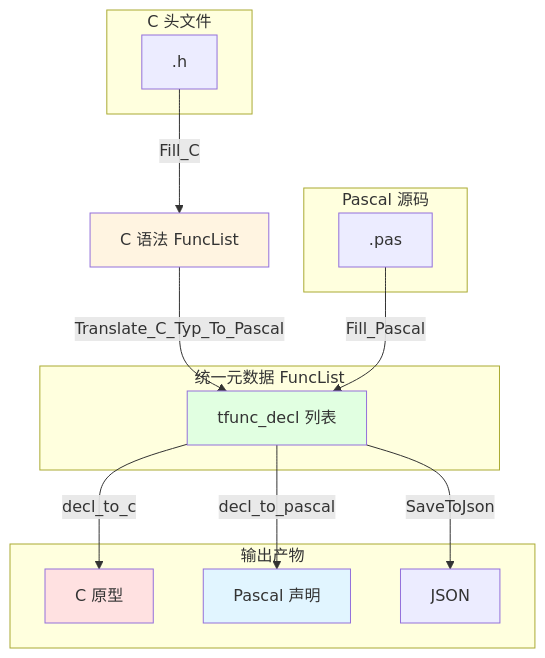
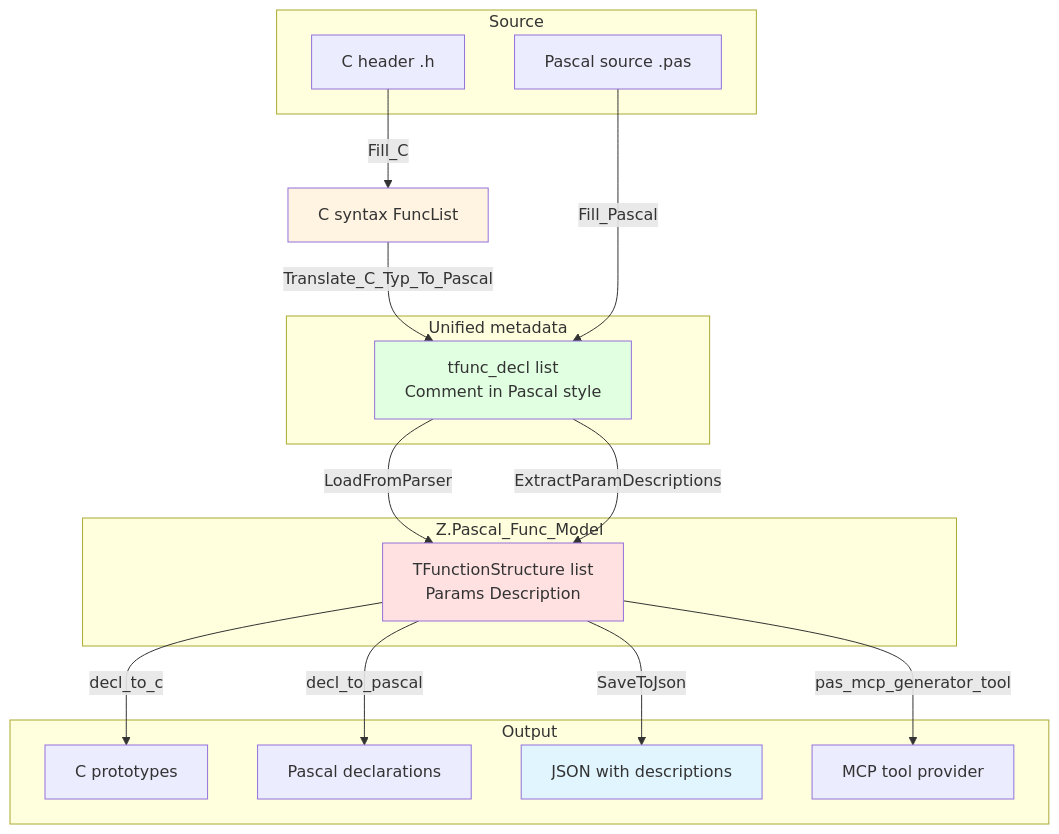
One commit to PassByYou888/zNetV2 changed the first of 6 diagrams in source/C_Declaration_Parser_Work_Summary.md. Above: the diagram before and after it, drawn with Mermaid. The commit also changed other lines of this file and 8 other files, not shown here.

````diff
--- a/source/C_Declaration_Parser_Work_Summary.md
+++ b/source/C_Declaration_Parser_Work_Summary.md
@@ -58,32 +120,37 @@
 ```mermaid
 flowchart TB
-    subgraph C源["C 头文件"]
-        CH[".h"]
+    subgraph SrcGroup["Source"]
+        CH["C header .h"]
+        PS["Pascal source .pas"]
     end
 
-    subgraph Pascal源["Pascal 源码"]
-        PS[".pas"]
+    subgraph MetaGroup["Unified metadata"]
+        M["tfunc_decl list<br/>Comment in Pascal style"]
     end
 
-    subgraph 元数据["统一元数据 FuncList"]
-        M["tfunc_decl 列表"]
+    subgraph ModelGroup["Z.Pascal_Func_Model"]
+        MD["TFunctionStructure list<br/>Params Description"]
     end
 
-    subgraph 输出["输出产物"]
-        OC["C 原型"]
-        OP["Pascal 声明"]
-        OJ["JSON"]
+    subgraph OutGroup["Output"]
+        OC["C prototypes"]
+        OP["Pascal declarations"]
+        OJ["JSON with descriptions"]
+        MCP["MCP tool provider"]
     end
 
-    CH -->|Fill_C| FC["C 语法 FuncList"]
+    CH -->|Fill_C| FC["C syntax FuncList"]
     FC -->|Translate_C_Typ_To_Pascal| M
     PS -->|Fill_Pascal| M
-    M -->|decl_to_c| OC
-    M -->|decl_to_pascal| OP
-    M -->|SaveToJson| OJ
+    M -->|LoadFromParser| MD
+    M -->|ExtractParamDescriptions| MD
+    MD -->|decl_to_c| OC
+    MD -->|decl_to_pascal| OP
+    MD -->|SaveToJson| OJ
+    MD -->|pas_mcp_generator_tool| MCP
 
     style FC fill:#fff4e1
     style M fill:#e1ffe1
-    style OC fill:#ffe1e1
-    style OP fill:#e1f5ff
+    style MD fill:#ffe1e1
+    style OJ fill:#e1f5ff
 ```
````
